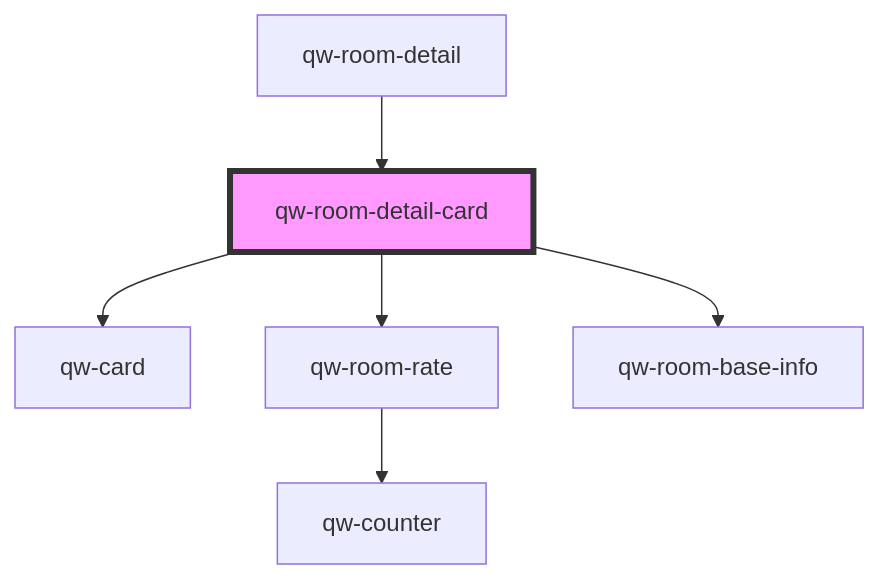
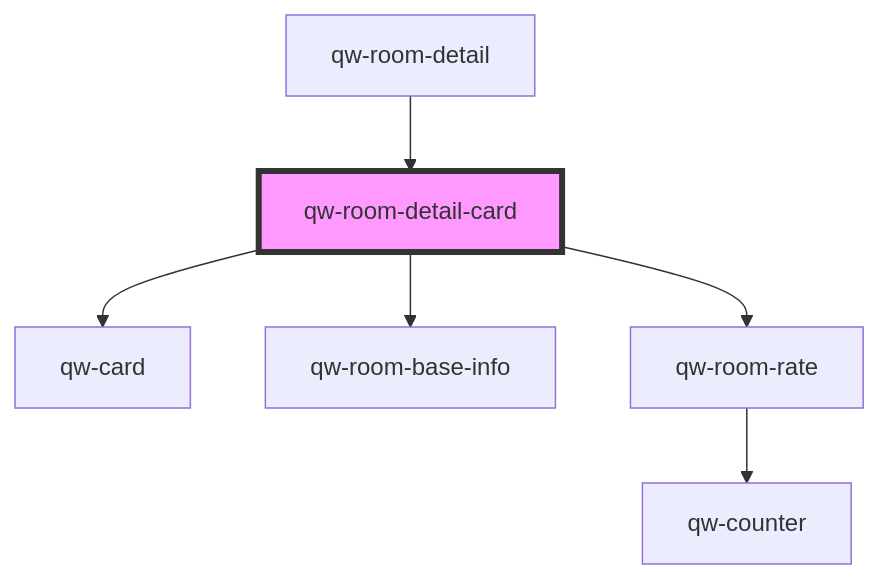
The diagram in src/components/qw-room-detail/qw-room-detail-card/readme.md (qwentes-team/qw-hotels), drawn with Mermaid before and after one commit. The commit also changed other lines of this file and 12 other files, not shown here.

````diff
--- a/src/components/qw-room-detail/qw-room-detail-card/readme.md
+++ b/src/components/qw-room-detail/qw-room-detail-card/readme.md
@@ -44,9 +44,9 @@
 ```mermaid
 graph TD;
   qw-room-detail-card --> qw-card
+  qw-room-detail-card --> qw-room-base-info
   qw-room-detail-card --> qw-room-rate
-  qw-room-detail-card --> qw-room-base-info
   qw-room-rate --> qw-counter
   qw-room-detail --> qw-room-detail-card
   style qw-room-detail-card fill:#f9f,stroke:#333,stroke-width:4px
 ```
````
